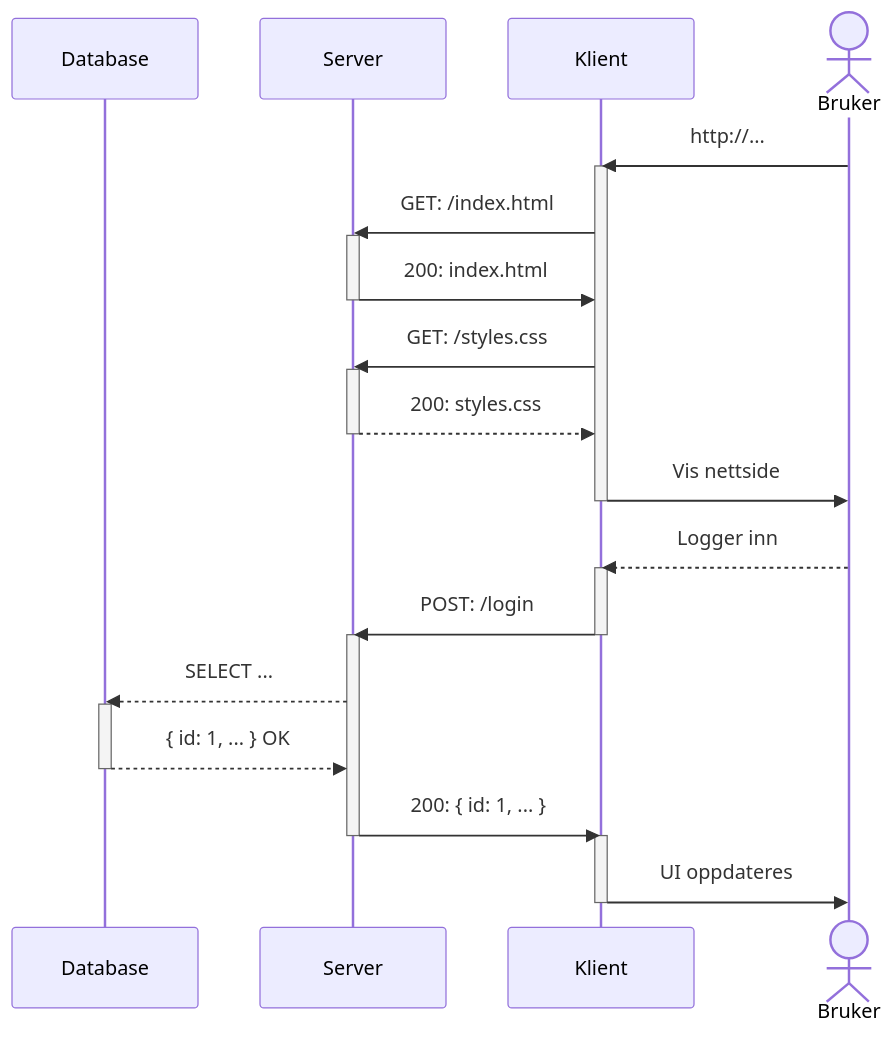
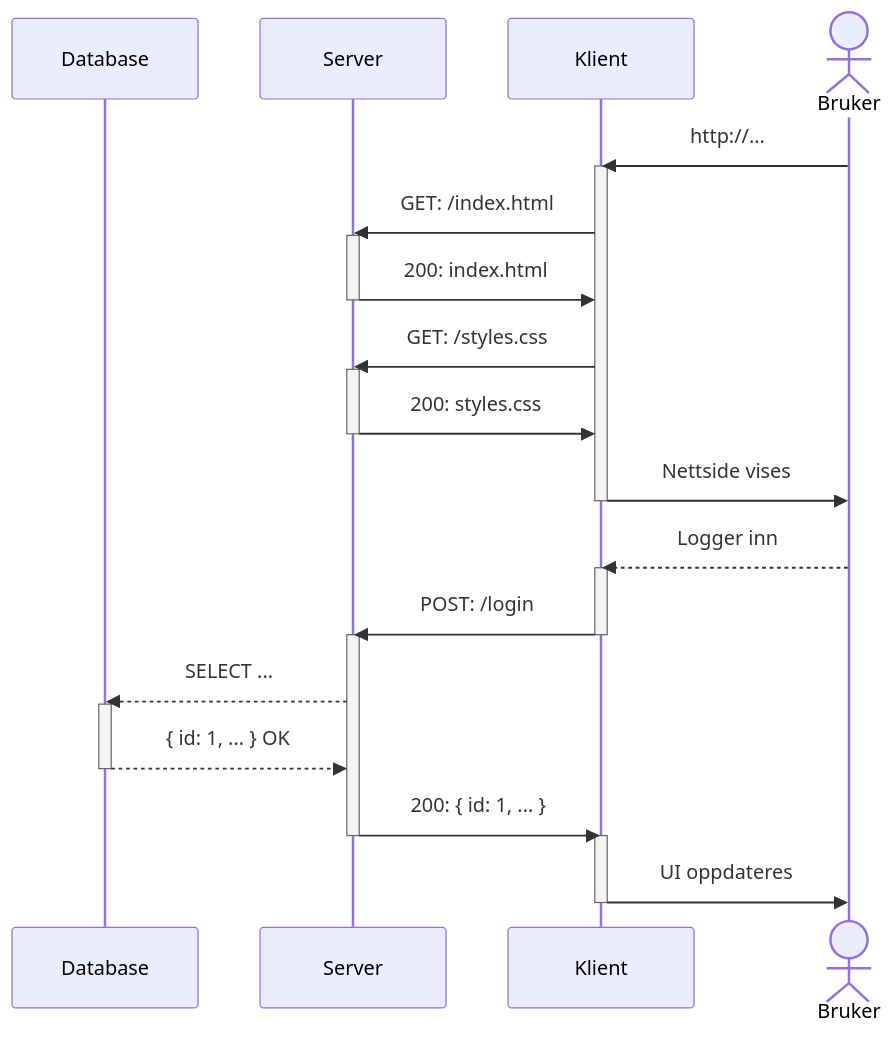
The second of 2 diagrams in wiki/server-og-klient.mdx (ryfylke-react-as/koding.no), drawn with Mermaid before and after one commit. The commit also changed other lines of this file and 4 other files, not shown here.

````diff
--- a/wiki/server-og-klient.mdx
+++ b/wiki/server-og-klient.mdx
@@ -107,33 +144,33 @@
 ```mermaid
 sequenceDiagram
     participant Database
     participant Server
     participant Klient
     actor Bruker
     Bruker->>Klient: http://...
     activate Klient
     Klient->>Server: GET: /index.html
     activate Server
     Server->>Klient: 200: index.html
     deactivate Server
     Klient->>Server: GET: /styles.css
     activate Server
-    Server-->>Klient: 200: styles.css
+    Server->>Klient: 200: styles.css
     deactivate Server
-    Klient->>Bruker: Vis nettside
+    Klient->>Bruker: Nettside vises
     deactivate Klient
     Bruker-->>Klient: Logger inn
     activate Klient
     Klient->>Server: POST: /login
     deactivate Klient
     activate Server
     Server-->>Database: SELECT ...
     activate Database
     Database-->>Server: { id: 1, ... } OK
     deactivate Database
     Server->>Klient: 200: { id: 1, ... }
     deactivate Server
     activate Klient
     Klient->>Bruker: UI oppdateres
     deactivate Klient
 ```
````
